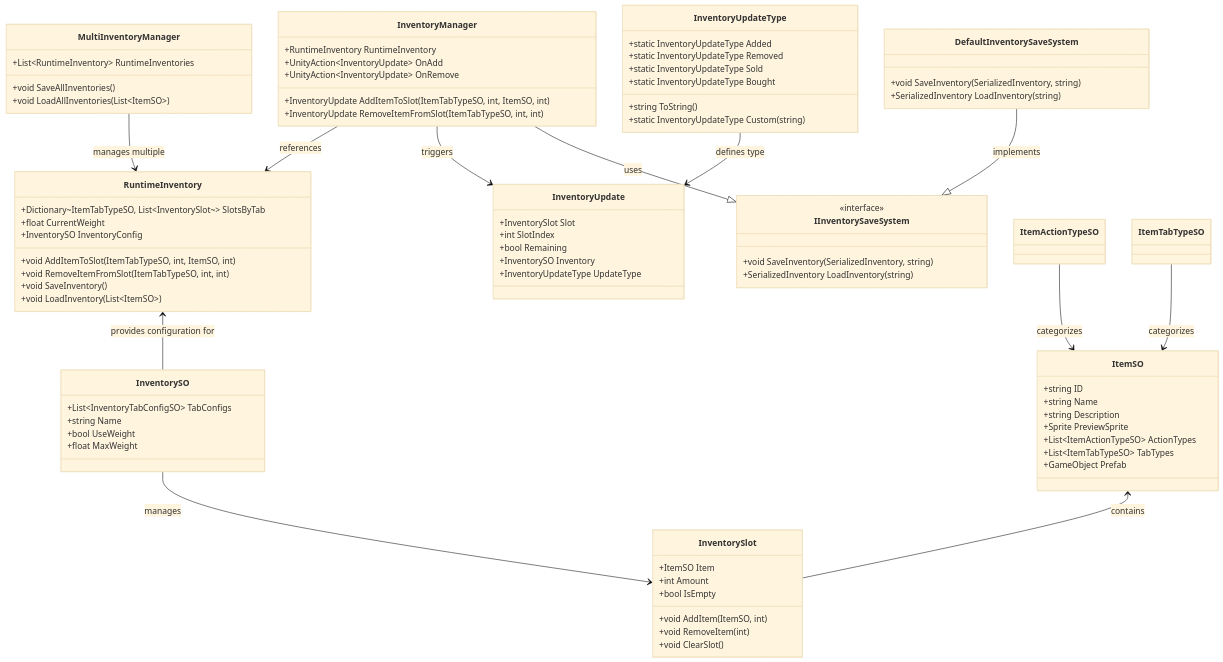
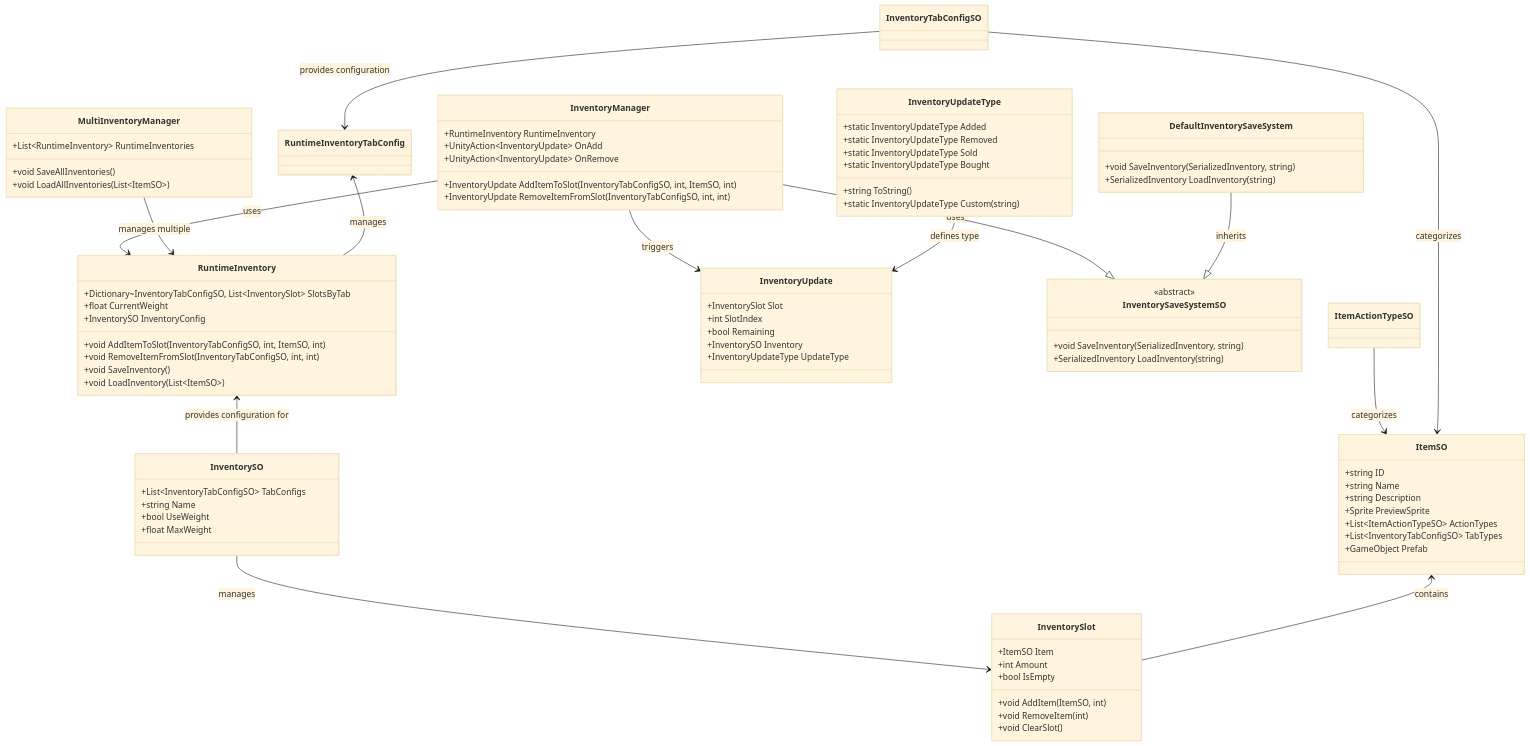
Before and after one commit to FelixBole/inventory-system: the fifth of 5 diagrams in README.md, drawn with Mermaid (base theme). The commit also changed other lines of this file and 70 other files, not shown here.

````diff
--- a/README.md
+++ b/README.md
@@ -217,16 +231,18 @@
 ```mermaid
 classDiagram
-    InventorySO --> InventorySlot : manages
-    InventoryManager --> RuntimeInventory : references
+    InventoryManager --> RuntimeInventory : uses
     InventoryManager --> InventoryUpdate : triggers
-    InventoryManager --|> IInventorySaveSystem : uses
+    InventoryManager --|> InventorySaveSystemSO : uses
+    InventorySO --> InventorySlot: manages
     InventoryUpdateType --> InventoryUpdate : defines type
     ItemSO <-- InventorySlot : contains
     MultiInventoryManager --> RuntimeInventory : manages multiple
     ItemActionTypeSO --> ItemSO : categorizes
-    ItemTabTypeSO --> ItemSO : categorizes
-    DefaultInventorySaveSystem --|> IInventorySaveSystem : implements
+    InventoryTabConfigSO --> ItemSO : categorizes
+    DefaultInventorySaveSystem --|> InventorySaveSystemSO : inherits
     RuntimeInventory <-- InventorySO: provides configuration for
+    RuntimeInventoryTabConfig <-- RuntimeInventory: manages
+    InventoryTabConfigSO --> RuntimeInventoryTabConfig: provides configuration
 
     class InventorySO {
         +List~InventoryTabConfigSO~ TabConfigs
@@ -236,11 +252,11 @@
     }
 
     class RuntimeInventory {
-        +Dictionary~ItemTabTypeSO, List~InventorySlot~~ SlotsByTab
+        +Dictionary~InventoryTabConfigSO, List~InventorySlot~ SlotsByTab
         +float CurrentWeight
         +InventorySO InventoryConfig
-        +void AddItemToSlot(ItemTabTypeSO, int, ItemSO, int)
-        +void RemoveItemFromSlot(ItemTabTypeSO, int, int)
+        +void AddItemToSlot(InventoryTabConfigSO, int, ItemSO, int)
+        +void RemoveItemFromSlot(InventoryTabConfigSO, int, int)
         +void SaveInventory()
         +void LoadInventory(List~ItemSO~)
     }
@@ -258,8 +274,8 @@
         +RuntimeInventory RuntimeInventory
         +UnityAction~InventoryUpdate~ OnAdd
         +UnityAction~InventoryUpdate~ OnRemove
-        +InventoryUpdate AddItemToSlot(ItemTabTypeSO, int, ItemSO, int)
-        +InventoryUpdate RemoveItemFromSlot(ItemTabTypeSO, int, int)
+        +InventoryUpdate AddItemToSlot(InventoryTabConfigSO, int, ItemSO, int)
+        +InventoryUpdate RemoveItemFromSlot(InventoryTabConfigSO, int, int)
     }
 
     class InventoryUpdate {
@@ -285,7 +301,7 @@
         +string Description
         +Sprite PreviewSprite
         +List~ItemActionTypeSO~ ActionTypes
-        +List~ItemTabTypeSO~ TabTypes
+        +List~InventoryTabConfigSO~ TabTypes
         +GameObject Prefab
     }
 
@@ -295,8 +311,8 @@
         +void LoadAllInventories(List~ItemSO~)
     }
 
-    class IInventorySaveSystem {
-        <<interface>>
+    class InventorySaveSystemSO {
+        <<abstract>>
         +void SaveInventory(SerializedInventory, string)
         +SerializedInventory LoadInventory(string)
     }
````
